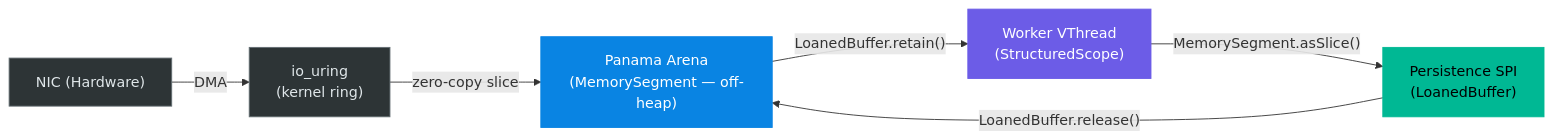
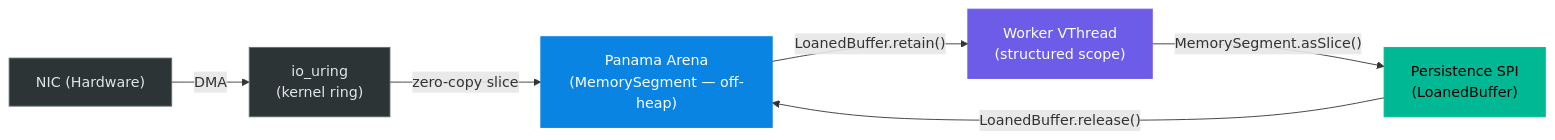
The fourth of 5 diagrams in docs/subsystems/bootstrap.md (exeris-systems/exeris-kernel), drawn with Mermaid before and after one commit. The commit also changed 2 other files, not shown here.

Commit message:
docs(preview): qualify two more sites that merged cleanly and were false here
The reviewer found two instances of this PR's own thesis that the PR missed:
docs/subsystems/events.md's EventLoop table row and bootstrap.md's io_uring
diagram label both named StructuredScope unqualified. Correct on the default
line, false here, and both in precedence tier 1.

The miss has a concrete cause worth recording rather than a lapse of attention:
my sweep for default-line-specific text was a grep restricted to *.java, so no
markdown file could have appeared in it. PREVIEW-TRACK.md now says the post-
merge sweep is the docs one as much as the source one.

Both are qualified by line rather than flipped to this branch's mechanism, so
they read true on both and can stop conflicting once main adopts the same
wording — the same treatment the two SPI javadocs got.

Docs only; the full markdown sweep confirms nothing else is unqualified.

````diff
--- a/docs/subsystems/bootstrap.md
+++ b/docs/subsystems/bootstrap.md
@@ -181,20 +181,20 @@
 ```mermaid
 flowchart LR
     NIC["NIC (Hardware)"]
     IOR["io_uring<br/>(kernel ring)"]
     ANA["Panama Arena<br/>(MemorySegment — off-heap)"]
-    WRK["Worker VThread<br/>(StructuredScope)"]
+    WRK["Worker VThread<br/>(structured scope)"]
     DB["Persistence SPI<br/>(LoanedBuffer)"]
 
     NIC -- DMA --> IOR
     IOR -- zero-copy slice --> ANA
     ANA -- LoanedBuffer.retain() --> WRK
     WRK -- MemorySegment.asSlice() --> DB
     DB -- LoanedBuffer.release() --> ANA
 
     style NIC  fill:#2d3436,color:#dfe6e9,stroke:#636e72
     style IOR  fill:#2d3436,color:#dfe6e9,stroke:#636e72
     style ANA  fill:#0984e3,color:#fff,stroke:#0984e3
     style WRK  fill:#6c5ce7,color:#fff,stroke:#6c5ce7
     style DB   fill:#00b894,color:#000,stroke:#00b894
 ```
````
